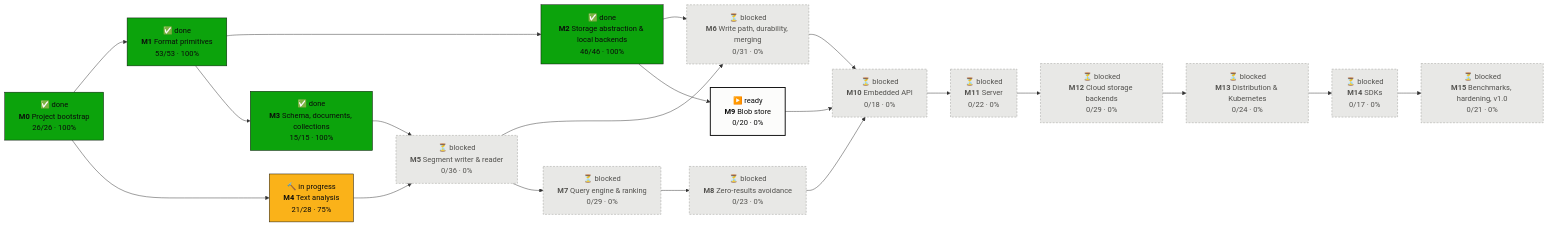
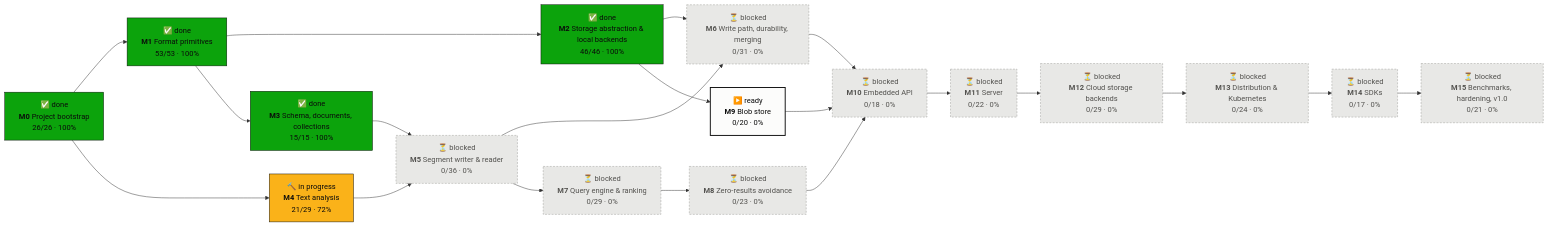
The first of 2 diagrams in PROGRESS.md (tomiok/persiaDB), drawn with Mermaid before and after one commit. The commit also changed other lines of this file and 9 other files, not shown here.

````diff
--- a/PROGRESS.md
+++ b/PROGRESS.md
@@ -14,42 +14,42 @@
 ```mermaid
 flowchart LR
   M0["✅ done<br/><b>M0</b> Project bootstrap<br/>26/26 · 100%"]:::done
   M1["✅ done<br/><b>M1</b> Format primitives<br/>53/53 · 100%"]:::done
   M2["✅ done<br/><b>M2</b> Storage abstraction & local backends<br/>46/46 · 100%"]:::done
   M3["✅ done<br/><b>M3</b> Schema, documents, collections<br/>15/15 · 100%"]:::done
-  M4["🔨 in progress<br/><b>M4</b> Text analysis<br/>21/28 · 75%"]:::doing
+  M4["🔨 in progress<br/><b>M4</b> Text analysis<br/>21/29 · 72%"]:::doing
   M5["⏳ blocked<br/><b>M5</b> Segment writer & reader<br/>0/36 · 0%"]:::blocked
   M6["⏳ blocked<br/><b>M6</b> Write path, durability, merging<br/>0/31 · 0%"]:::blocked
   M7["⏳ blocked<br/><b>M7</b> Query engine & ranking<br/>0/29 · 0%"]:::blocked
   M8["⏳ blocked<br/><b>M8</b> Zero-results avoidance<br/>0/23 · 0%"]:::blocked
   M9["▶️ ready<br/><b>M9</b> Blob store<br/>0/20 · 0%"]:::ready
   M10["⏳ blocked<br/><b>M10</b> Embedded API<br/>0/18 · 0%"]:::blocked
   M11["⏳ blocked<br/><b>M11</b> Server<br/>0/22 · 0%"]:::blocked
   M12["⏳ blocked<br/><b>M12</b> Cloud storage backends<br/>0/29 · 0%"]:::blocked
   M13["⏳ blocked<br/><b>M13</b> Distribution & Kubernetes<br/>0/24 · 0%"]:::blocked
   M14["⏳ blocked<br/><b>M14</b> SDKs<br/>0/17 · 0%"]:::blocked
   M15["⏳ blocked<br/><b>M15</b> Benchmarks, hardening, v1.0<br/>0/21 · 0%"]:::blocked
   M0 --> M1
   M1 --> M2
   M1 --> M3
   M0 --> M4
   M3 --> M5
   M4 --> M5
   M2 --> M6
   M5 --> M6
   M5 --> M7
   M7 --> M8
   M2 --> M9
   M6 --> M10
   M8 --> M10
   M9 --> M10
   M10 --> M11
   M11 --> M12
   M12 --> M13
   M13 --> M14
   M14 --> M15
   classDef done fill:#0ca30c,stroke:#0b0b0b,color:#0b0b0b
   classDef doing fill:#fab219,stroke:#0b0b0b,color:#0b0b0b
   classDef ready fill:#fcfcfb,stroke:#0b0b0b,stroke-width:2px,color:#0b0b0b
   classDef blocked fill:#e8e8e6,stroke:#9a9a96,stroke-dasharray:4 3,color:#52514e
 ```
````
